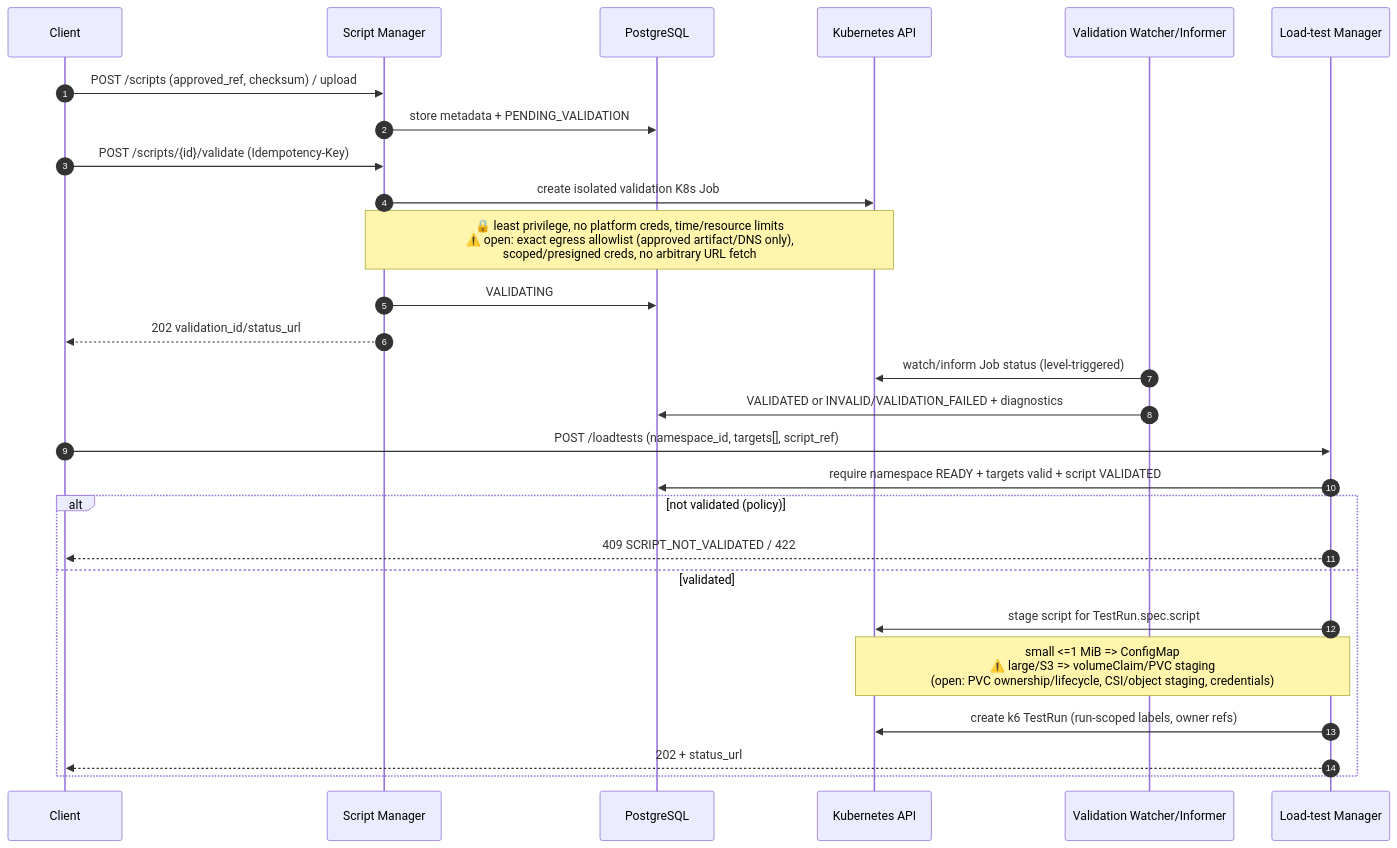
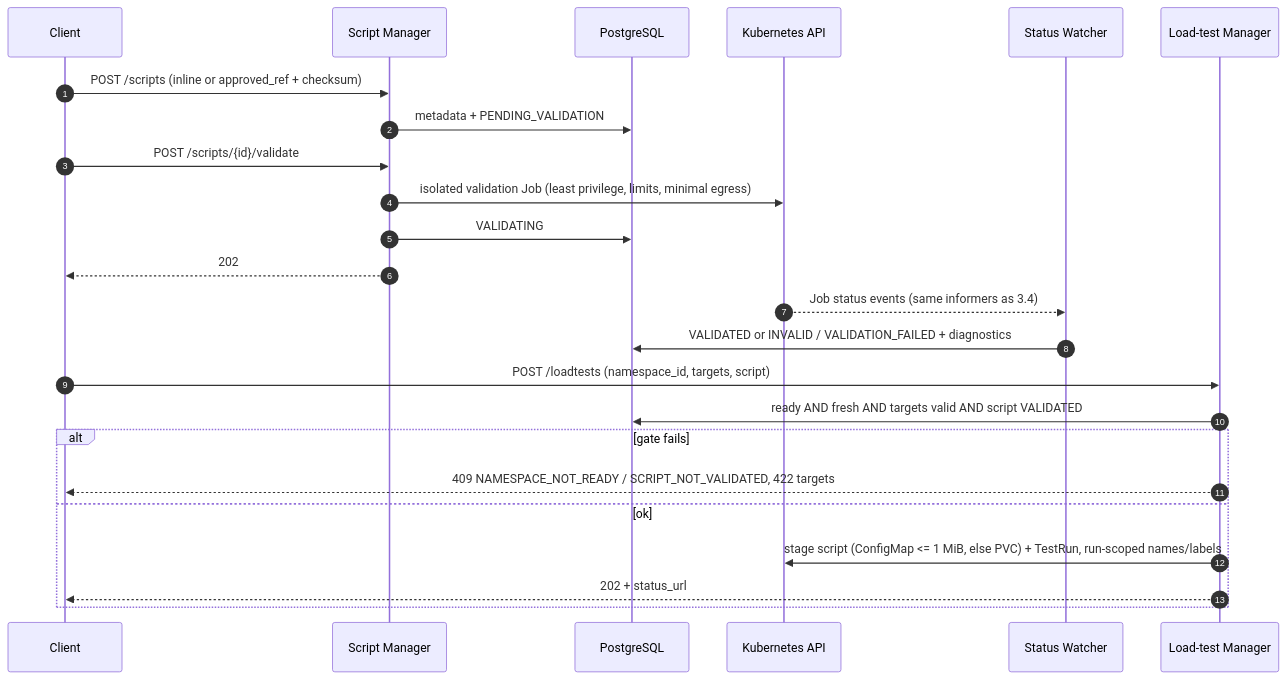
The sixth of 7 diagrams in docs/architecture.md (hungpham10/take-home-assigment), drawn with Mermaid before and after one commit. The commit also changed other lines of this file and 38 other files, not shown here.

First line of the commit message:
feat(namespace): k8s reconciler + status watcher + mock runtime (plans/21 A–E)

````diff
--- a/docs/architecture.md
+++ b/docs/architecture.md
@@ -194,33 +282,28 @@
 ```mermaid
 sequenceDiagram
   autonumber
   participant C as Client
   participant S as Script Manager
   participant PG as PostgreSQL
   participant K as Kubernetes API
-  participant W as Validation Watcher/Informer
+  participant W as Status Watcher
   participant L as Load-test Manager
 
-  C->>S: POST /scripts (approved_ref, checksum) / upload
-  S->>PG: store metadata + PENDING_VALIDATION
+  C->>S: POST /scripts (inline or approved_ref + checksum)
+  S->>PG: metadata + PENDING_VALIDATION
+  C->>S: POST /scripts/{id}/validate
+  S->>K: isolated validation Job (least privilege, limits, minimal egress)
+  S->>PG: VALIDATING
+  S-->>C: 202
+  K-->>W: Job status events (same informers as 3.4)
+  W->>PG: VALIDATED or INVALID / VALIDATION_FAILED + diagnostics
 
-  C->>S: POST /scripts/{id}/validate (Idempotency-Key)
-  S->>K: create isolated validation K8s Job
-  Note over S,K: 🔒 least privilege, no platform creds, time/resource limits<br/>⚠️ open: exact egress allowlist (approved artifact/DNS only),<br/>scoped/presigned creds, no arbitrary URL fetch
-  S->>PG: VALIDATING
-  S-->>C: 202 validation_id/status_url
-
-  W->>K: watch/inform Job status (level-triggered)
-  W->>PG: VALIDATED or INVALID/VALIDATION_FAILED + diagnostics
-
-  C->>L: POST /loadtests (namespace_id, targets[], script_ref)
-  L->>PG: require namespace READY + targets valid + script VALIDATED
-  alt not validated (policy)
-    L-->>C: 409 SCRIPT_NOT_VALIDATED / 422
-  else validated
-    L->>K: stage script for TestRun.spec.script
-    Note over L,K: small <=1 MiB => ConfigMap<br/>⚠️ large/S3 => volumeClaim/PVC staging<br/>(open: PVC ownership/lifecycle, CSI/object staging, credentials)
-    L->>K: create k6 TestRun (run-scoped labels, owner refs)
+  C->>L: POST /loadtests (namespace_id, targets, script)
+  L->>PG: ready AND fresh AND targets valid AND script VALIDATED
+  alt gate fails
+    L-->>C: 409 NAMESPACE_NOT_READY / SCRIPT_NOT_VALIDATED, 422 targets
+  else ok
+    L->>K: stage script (ConfigMap <= 1 MiB, else PVC) + TestRun, run-scoped names/labels
     L-->>C: 202 + status_url
   end
 ```
````
